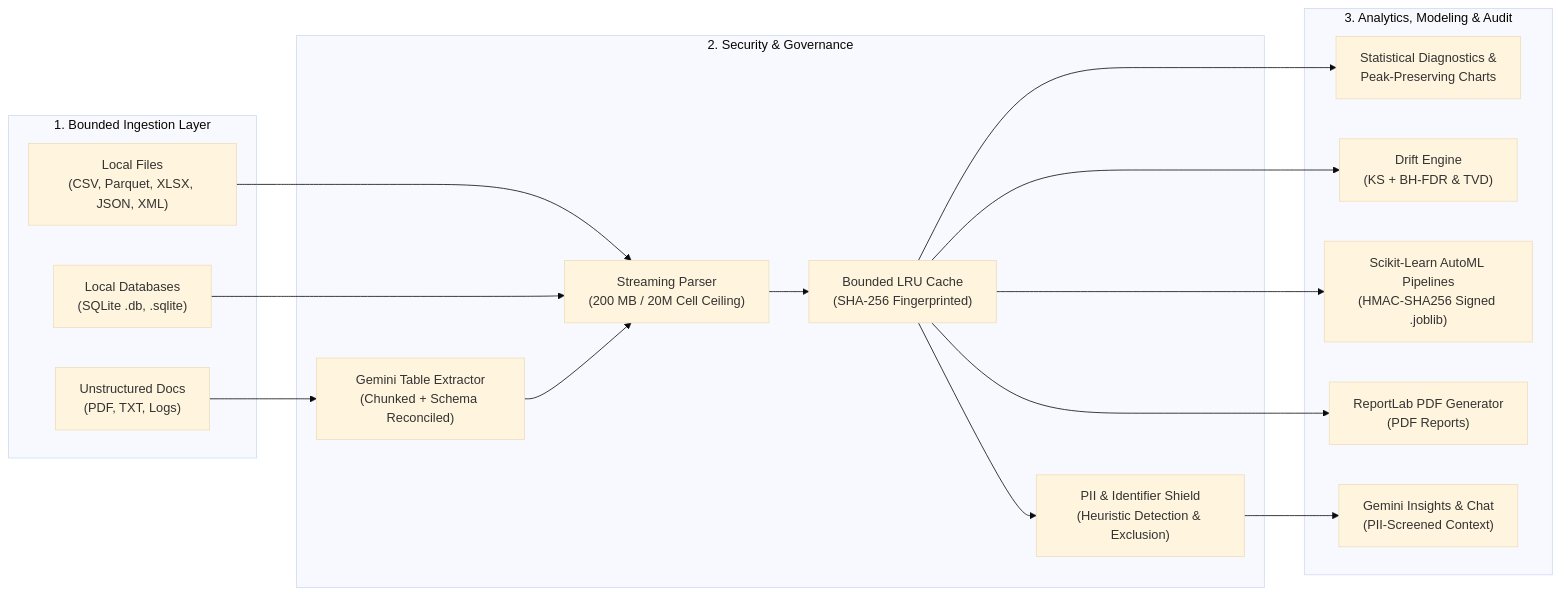
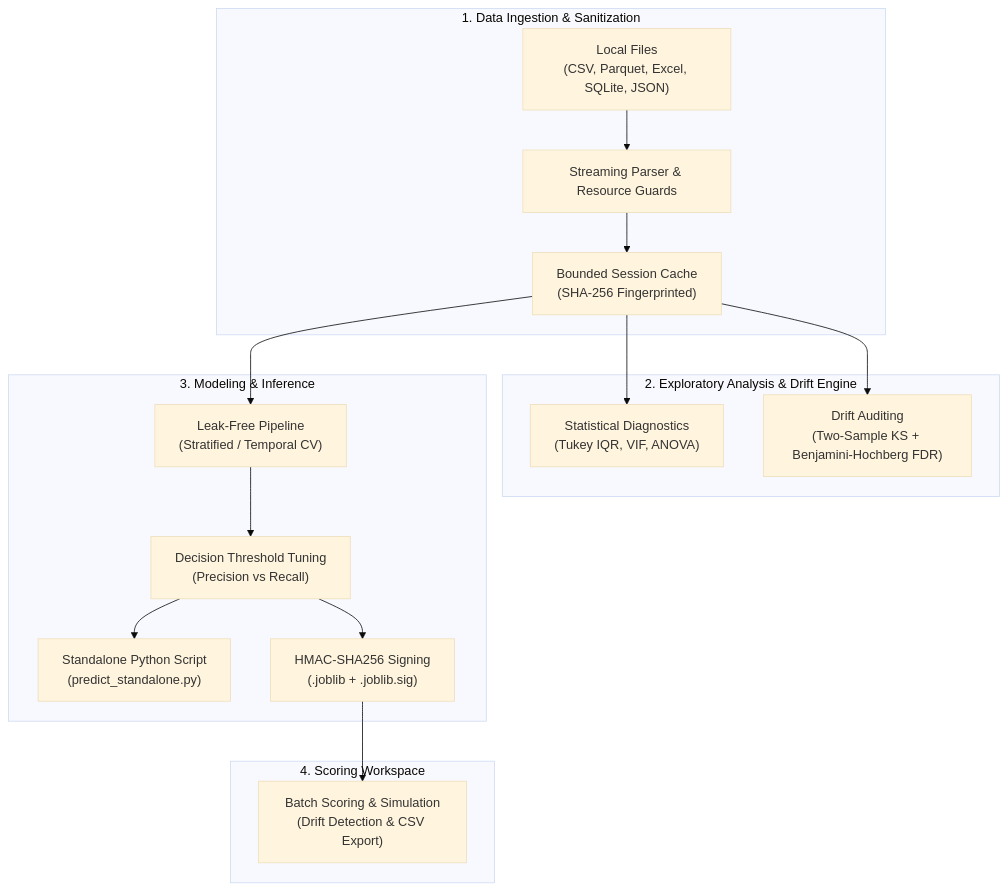
Before and after one commit to Srikiran22/CloudlnsightAl: the diagram in README.md, drawn with Mermaid (base theme). The commit also changed other lines of this file and 19 other files, not shown here.

````diff
--- a/README.md
+++ b/README.md
@@ -32,31 +51,23 @@
 ```mermaid
-flowchart LR
-    subgraph Ingestion ["1. Bounded Ingestion Layer"]
-        Local["Local Files\n(CSV, Parquet, XLSX, JSON, XML)"]
-        DB["Local Databases\n(SQLite .db, .sqlite)"]
-        RawDoc["Unstructured Docs\n(PDF, TXT, Logs)"]
+flowchart TD
+    subgraph Ingestion ["1. Data Ingestion & Sanitization"]
+        Files["Local Files\n(CSV, Parquet, Excel, SQLite, JSON)"] --> Parser["Streaming Parser & Resource Guards"]
+        Parser --> MemoryCache["Bounded Session Cache\n(SHA-256 Fingerprinted)"]
     end
 
-    subgraph Guards ["2. Security & Governance"]
-        Parser["Streaming Parser\n(200 MB / 20M Cell Ceiling)"]
-        AIConv["Gemini Table Extractor\n(Chunked + Schema Reconciled)"]
-        Cache["Bounded LRU Cache\n(SHA-256 Fingerprinted)"]
-        Privacy["PII & Identifier Shield\n(Heuristic Detection & Exclusion)"]
+    subgraph Diagnostics ["2. Exploratory Analysis & Drift Engine"]
+        MemoryCache --> EDA["Statistical Diagnostics\n(Tukey IQR, VIF, ANOVA)"]
+        MemoryCache --> Drift["Drift Auditing\n(Two-Sample KS + Benjamini-Hochberg FDR)"]
     end
 
-    subgraph Analytics ["3. Analytics, Modeling & Audit"]
-        EDA["Statistical Diagnostics &\nPeak-Preserving Charts"]
-        Drift["Drift Engine\n(KS + BH-FDR & TVD)"]
-        ML["Scikit-Learn AutoML Pipelines\n(HMAC-SHA256 Signed .joblib)"]
-        PDF["ReportLab PDF Generator\n(PDF Reports)"]
-        GenAI["Gemini Insights & Chat\n(PII-Screened Context)"]
+    subgraph Modeling ["3. Modeling & Inference"]
+        MemoryCache --> ML["Leak-Free Pipeline\n(Stratified / Temporal CV)"]
+        ML --> Threshold["Decision Threshold Tuning\n(Precision vs Recall)"]
+        Threshold --> Export["Standalone Python Script\n(predict_standalone.py)"]
+        Threshold --> Signer["HMAC-SHA256 Signing\n(.joblib + .joblib.sig)"]
     end
 
-    Local --> Parser
-    DB --> Parser
-    RawDoc --> AIConv --> Parser
-    Parser --> Cache
-    Cache --> Privacy
-    Privacy --> GenAI
-    Cache --> EDA & Drift & ML & PDF
+    subgraph BatchScore ["4. Scoring Workspace"]
+        Signer --> Predict["Batch Scoring & Simulation\n(Drift Detection & CSV Export)"]
+    end
 ```
````
